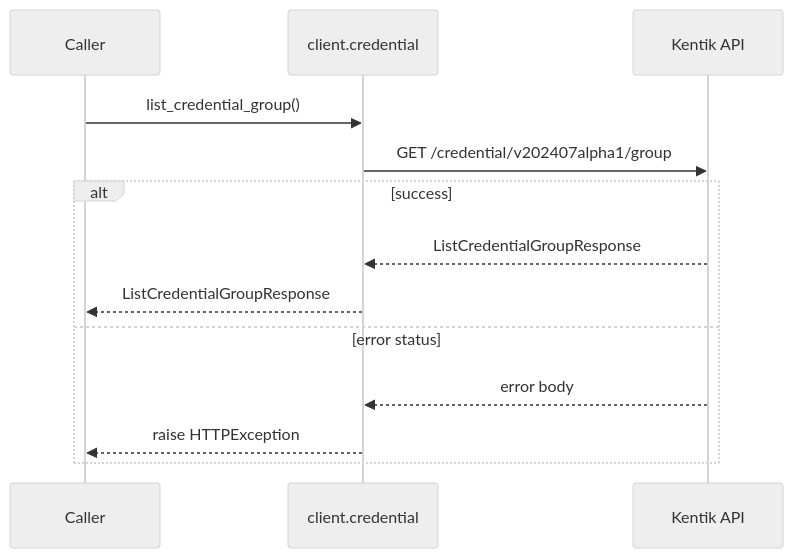
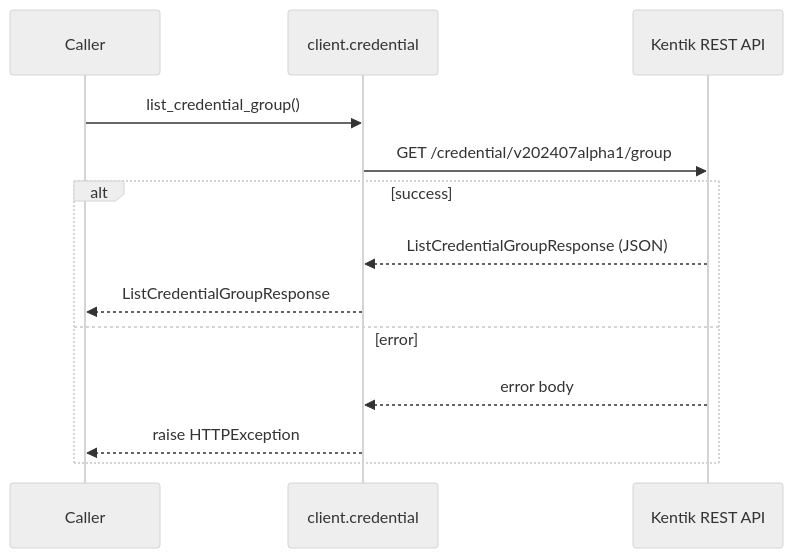
One commit to alexdearaujo/community_sdk_python changed the second of 6 diagrams in docs/sphinx/services/credential.md. Above: the diagram before and after it, drawn with Mermaid (neutral theme). The commit also changed other lines of this file and 61 other files, not shown here.

````diff
--- a/docs/sphinx/services/credential.md
+++ b/docs/sphinx/services/credential.md
@@ -33,16 +35,16 @@
 ```mermaid
 sequenceDiagram
     participant C as Caller
     participant W as client.credential
-    participant API as Kentik API
+    participant API as Kentik REST API
 
     C->>W: list_credential_group()
     W->>API: GET /credential/v202407alpha1/group
     alt success
-        API-->>W: ListCredentialGroupResponse
+        API-->>W: ListCredentialGroupResponse (JSON)
         W-->>C: ListCredentialGroupResponse
-    else error status
+    else error
         API-->>W: error body
         W-->>C: raise HTTPException
     end
 ```
````
